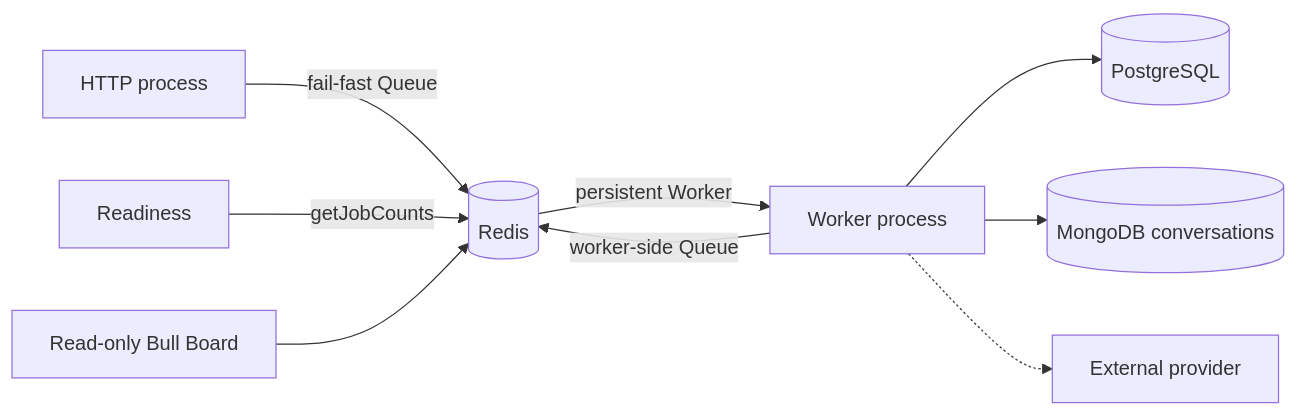
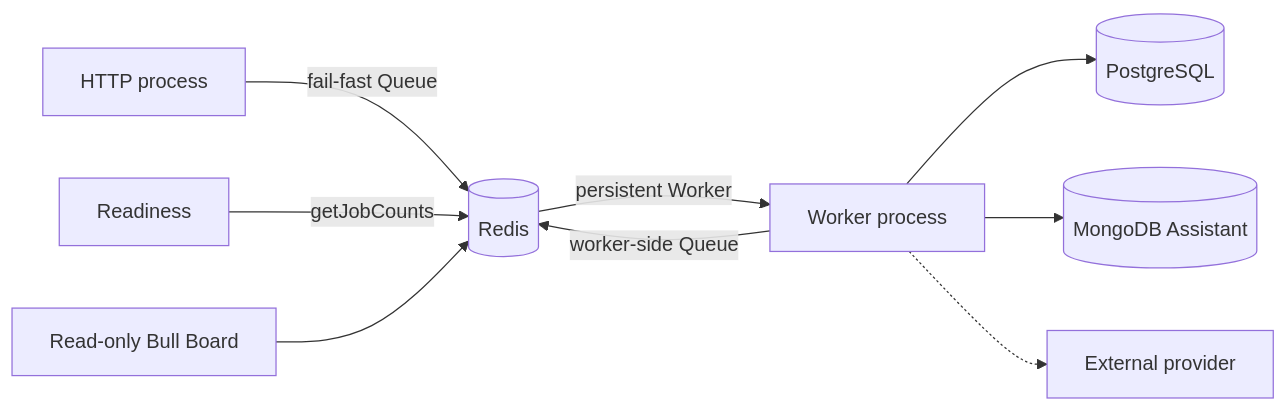
The first of 2 diagrams in docs/backend/mechanisms/queues.md (johnakisk0700/slopform), drawn with Mermaid before and after one commit. The commit also changed other lines of this file and 115 other files, not shown here.

````diff
--- a/docs/backend/mechanisms/queues.md
+++ b/docs/backend/mechanisms/queues.md
@@ -23,11 +23,11 @@
 ```mermaid
 flowchart LR
   API["HTTP process"] -->|"fail-fast Queue"| Redis[(Redis)]
   Health["Readiness"] -->|"getJobCounts"| Redis
   Board["Read-only Bull Board"] --> Redis
   Redis -->|"persistent Worker"| Worker["Worker process"]
   Worker -->|"worker-side Queue"| Redis
   Worker --> DB[(PostgreSQL)]
-  Worker --> Mongo[(MongoDB conversations)]
+  Worker --> Mongo[(MongoDB Assistant)]
   Worker -.-> Provider["External provider"]
 ```
````
